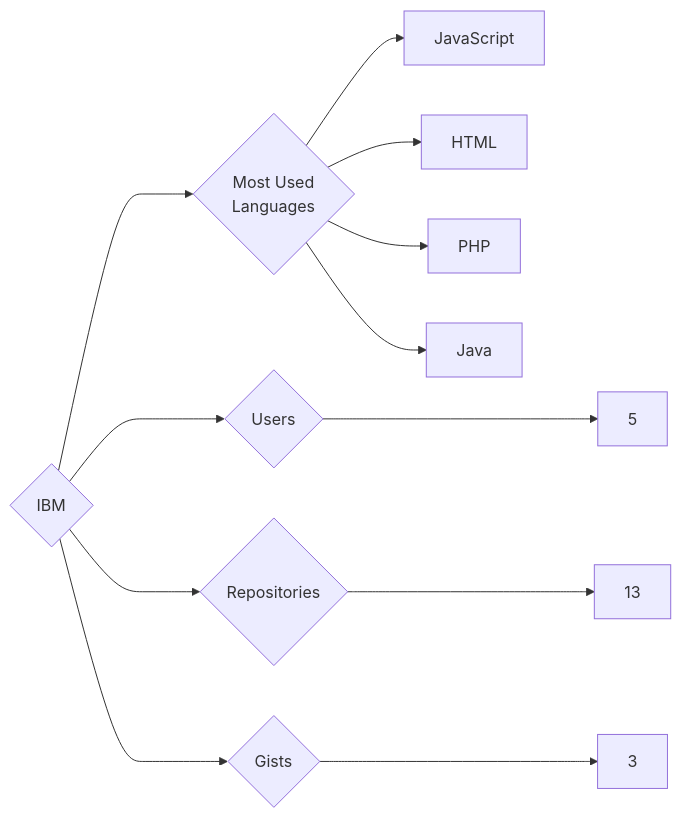
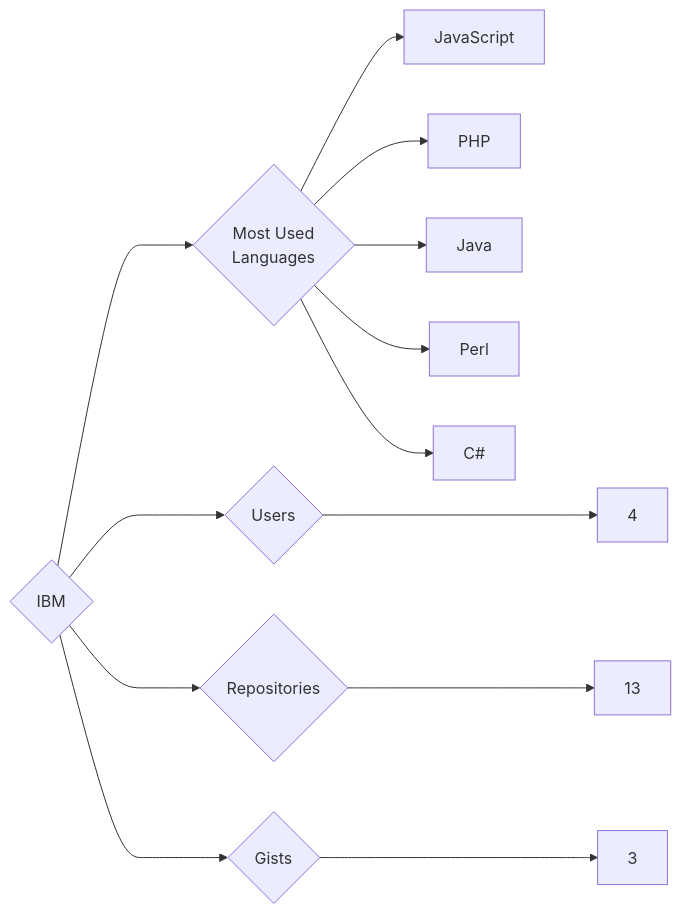
One commit to trickest/insiders changed the diagram in targets/IBM/README.md. Above: the diagram before and after it, drawn with Mermaid. The commit also changed 724 other files, not shown here.

````diff
--- a/targets/IBM/README.md
+++ b/targets/IBM/README.md
@@ -3,12 +3,13 @@
 ```mermaid
 graph LR
 COMPANY_NAME{IBM}
-COMPANY_NAME ---> U{Users} ---> UN[5]
+COMPANY_NAME ---> U{Users} ---> UN[4]
 COMPANY_NAME ---> R{Repositories} ---> RN[13]
 COMPANY_NAME ---> G{Gists} ---> GN[3]
 COMPANY_NAME ---> ML{Most Used<br>Languages}
 ML --> JavaScript[JavaScript]
-ML --> HTML[HTML]
 ML --> PHP[PHP]
 ML --> Java[Java]
+ML --> Perl[Perl]
+ML --> C#[C#]
 ```
````
